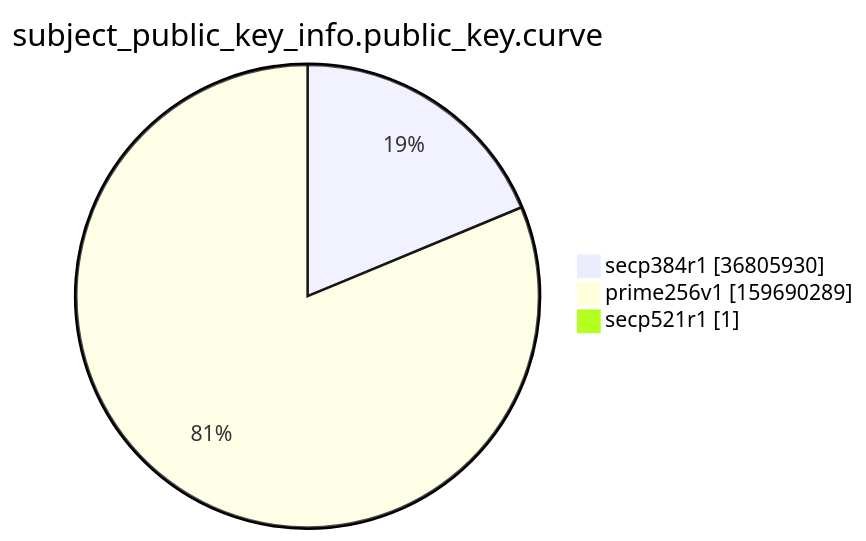
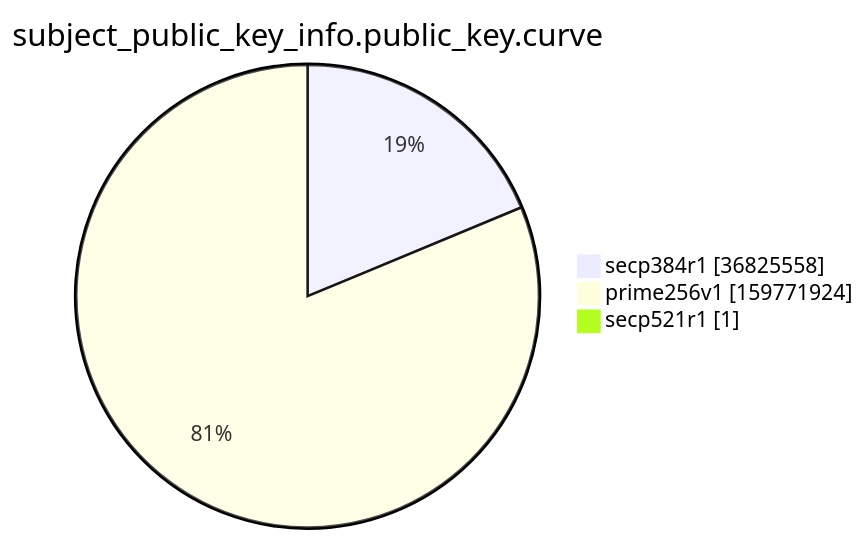
One commit to christiankrug/ctmonitor_visualization changed the ninth of 15 diagrams in argon2022/README.md. Above: the diagram before and after it, drawn with Mermaid. The commit also changed other lines of this file, not shown here.

````diff
--- a/argon2022/README.md
+++ b/argon2022/README.md
@@ -2766,7 +2766,7 @@
 ```mermaid
 pie showData
 title subject_public_key_info.public_key.curve
-"secp384r1" :36805930
-"prime256v1" :159690289
+"secp384r1" :36825558
+"prime256v1" :159771924
 "secp521r1" :1
 ```
````
